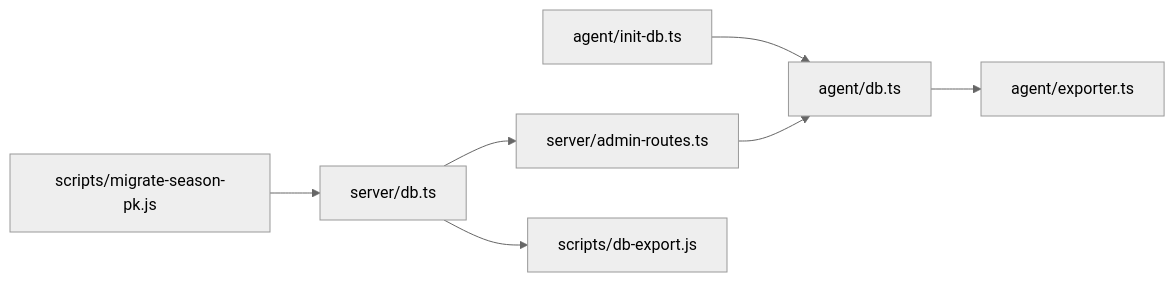
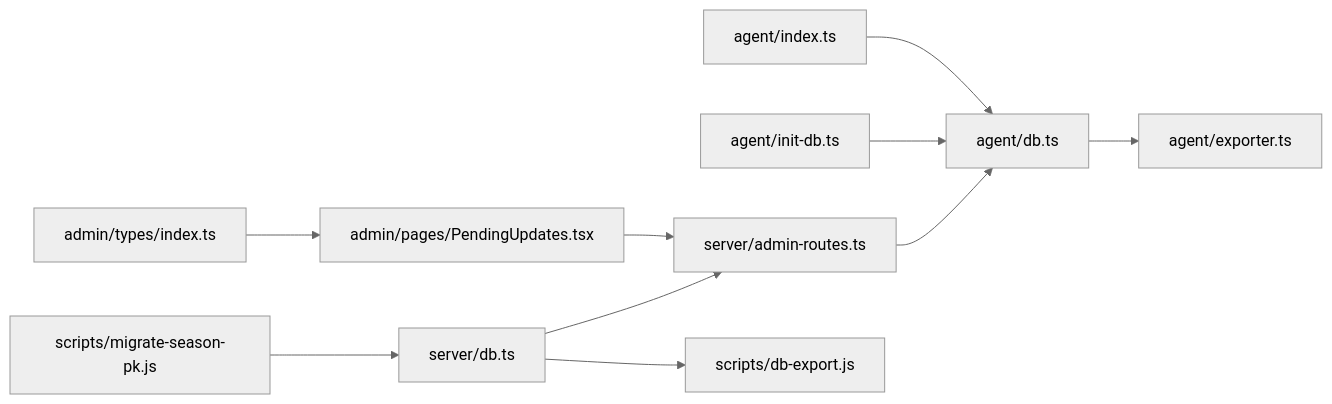
Diagram 11 of 11 in .qoder/repowiki/zh/content/AI数据采集系统/数据库管理.md (ititjjy/AITrip-plan), drawn with Mermaid (neutral theme) before and after one commit. The commit also changed other lines of this file and 25 other files, not shown here.

````diff
--- a/.qoder/repowiki/zh/content/AI数据采集系统/数据库管理.md
+++ b/.qoder/repowiki/zh/content/AI数据采集系统/数据库管理.md
@@ -390,9 +497,12 @@
 ```mermaid
 graph LR
-A_DB["agent/db.ts"] --> A_Export["agent/exporter.ts"]
+A_Index["agent/index.ts"] --> A_DB["agent/db.ts"]
+A_DB --> A_Export["agent/exporter.ts"]
 A_Init["agent/init-db.ts"] --> A_DB
 S_Admin["server/admin-routes.ts"] --> A_DB
+M_Pending["admin/pages/PendingUpdates.tsx"] --> S_Admin
 S_DB["server/db.ts"] --> S_Admin
 S_DB --> Sync["scripts/db-export.js"]
+M_Types["admin/types/index.ts"] --> M_Pending
 Migrate["scripts/migrate-season-pk.js"] --> S_DB
 ```
````
